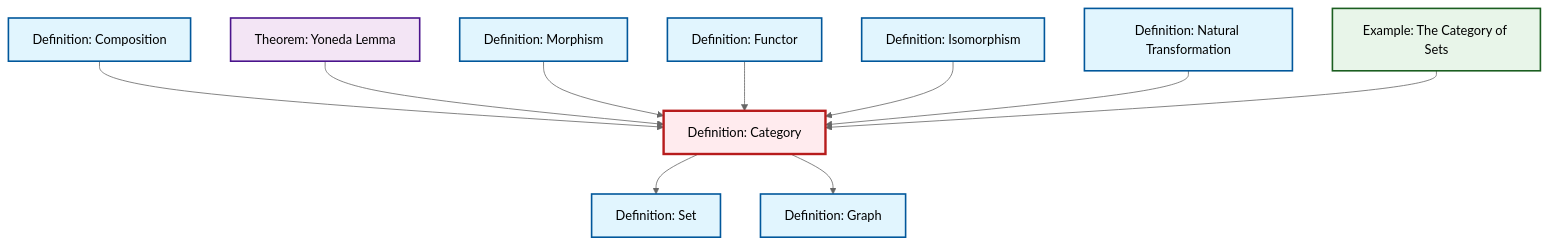
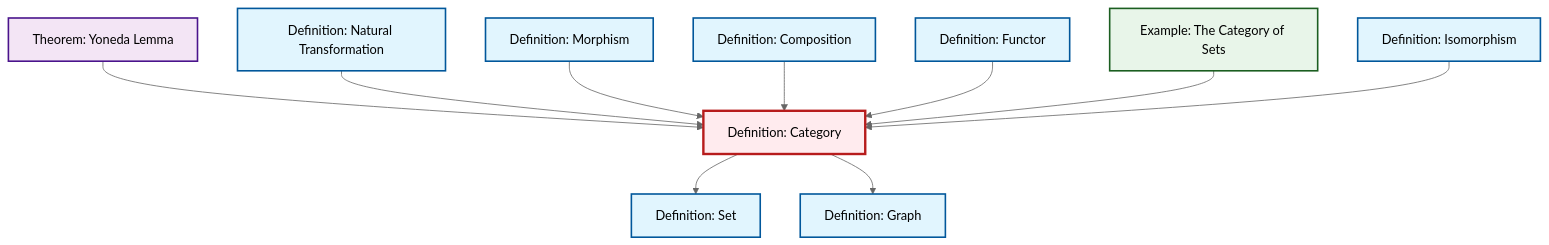
The diagram in content/ja/category-theory/def-category.qmd (RK0429/ModernMath), drawn with Mermaid (neutral theme) before and after one commit. The commit also changed other lines of this file and 474 other files, not shown here.

````diff
--- a/content/ja/category-theory/def-category.qmd
+++ b/content/ja/category-theory/def-category.qmd
@@ -48,38 +48,38 @@
 ```{mermaid}
 %%| fig-cap: "Local dependency graph"
 graph TD
     classDef definition fill:#e1f5fe,stroke:#01579b,stroke-width:2px
     classDef theorem fill:#f3e5f5,stroke:#4a148c,stroke-width:2px
     classDef axiom fill:#fff3e0,stroke:#e65100,stroke-width:2px
     classDef example fill:#e8f5e9,stroke:#1b5e20,stroke-width:2px
     classDef current fill:#ffebee,stroke:#b71c1c,stroke-width:3px
     def-set["Definition: Set"]:::definition
     def-isomorphism["Definition: Isomorphism"]:::definition
-    def-morphism["Definition: Morphism"]:::definition
-    def-category["Definition: Category"]:::definition
-    def-graph["Definition: Graph"]:::definition
-    def-composition["Definition: Composition"]:::definition
     def-functor["Definition: Functor"]:::definition
     thm-yoneda["Theorem: Yoneda Lemma"]:::theorem
     def-natural-transformation["Definition: Natural Transformation"]:::definition
+    def-graph["Definition: Graph"]:::definition
+    def-category["Definition: Category"]:::definition
+    def-morphism["Definition: Morphism"]:::definition
     ex-set-category["Example: The Category of Sets"]:::example
+    def-composition["Definition: Composition"]:::definition
+    thm-yoneda --> def-category
+    def-natural-transformation --> def-category
+    def-morphism --> def-category
+    def-composition --> def-category
     def-category --> def-set
-    def-composition --> def-category
-    thm-yoneda --> def-category
-    def-morphism --> def-category
+    def-category --> def-graph
     def-functor --> def-category
+    ex-set-category --> def-category
     def-isomorphism --> def-category
-    def-category --> def-graph
-    def-natural-transformation --> def-category
-    ex-set-category --> def-category
     class def-category current
     click def-set "def-set.html" "Definition: Setへ"
     click def-isomorphism "def-isomorphism.html" "Definition: Isomorphismへ"
-    click def-morphism "def-morphism.html" "Definition: Morphismへ"
-    click def-graph "def-graph.html" "Definition: Graphへ"
-    click def-composition "def-composition.html" "Definition: Compositionへ"
     click def-functor "def-functor.html" "Definition: Functorへ"
     click thm-yoneda "thm-yoneda.html" "Theorem: Yoneda Lemmaへ"
     click def-natural-transformation "def-natural-transformation.html" "Definition: Natural Transformationへ"
+    click def-graph "def-graph.html" "Definition: Graphへ"
+    click def-morphism "def-morphism.html" "Definition: Morphismへ"
     click ex-set-category "ex-set-category.html" "Example: The Category of Setsへ"
+    click def-composition "def-composition.html" "Definition: Compositionへ"
 ```
````
